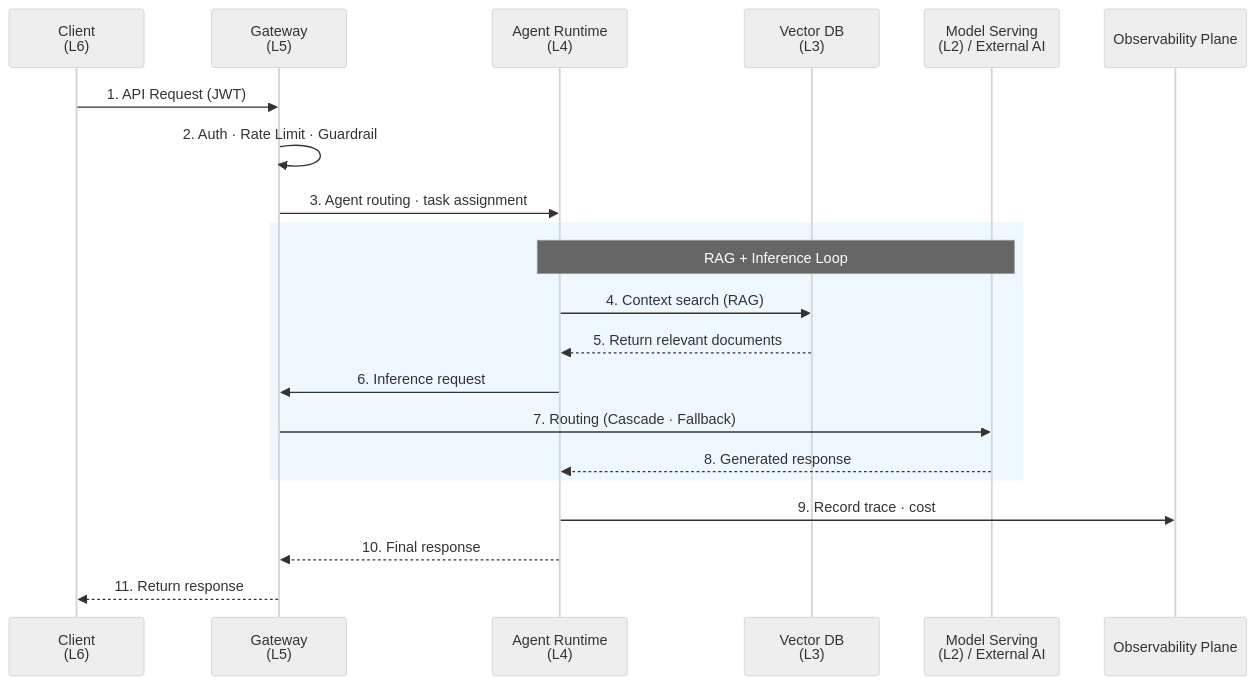
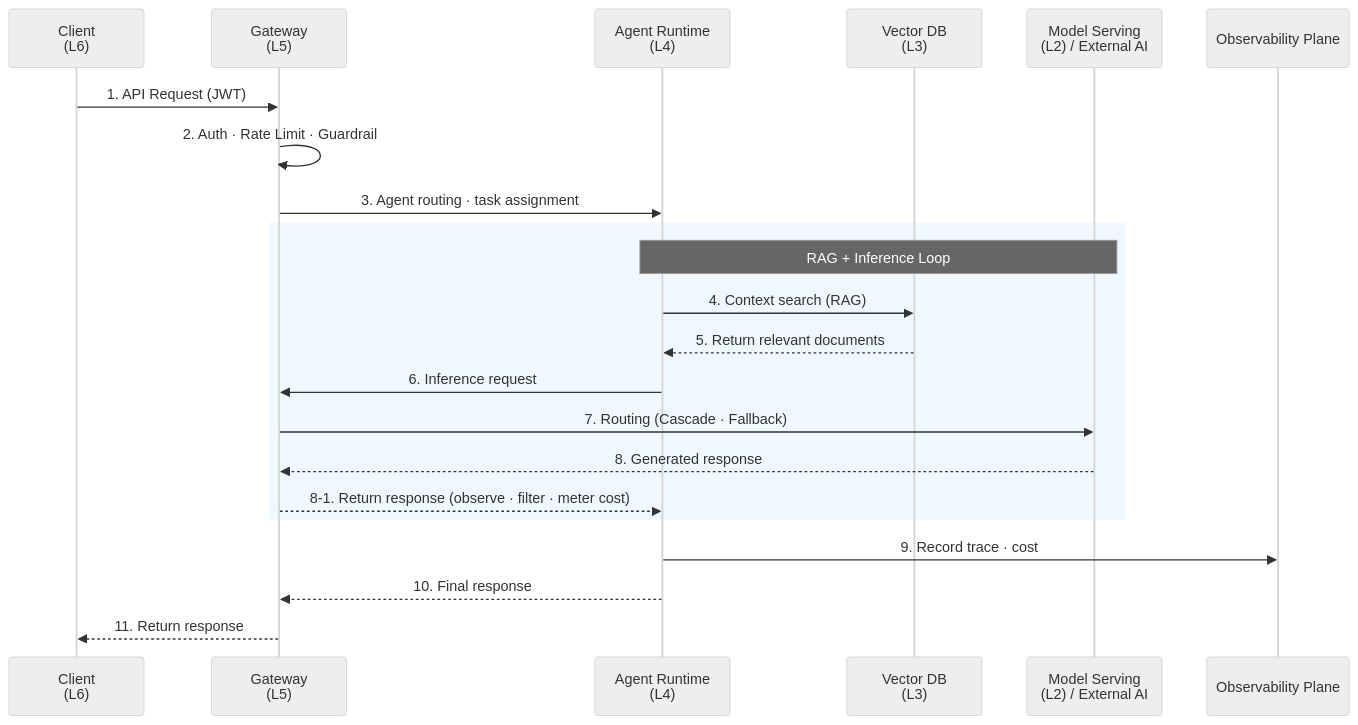
The tenth of 10 diagrams in docs/agentic-ai-platform/design-architecture/foundations/agentic-platform-architecture.md (devfloor9/engineering-playbook), drawn with Mermaid (neutral theme) before and after one commit. The commit also changed other lines of this file and 39 other files, not shown here.

````diff
--- a/docs/agentic-ai-platform/design-architecture/foundations/agentic-platform-architecture.md
+++ b/docs/agentic-ai-platform/design-architecture/foundations/agentic-platform-architecture.md
@@ -710,26 +748,27 @@
 ```mermaid
 sequenceDiagram
     participant Client as Client<br/>(L6)
     participant Gateway as Gateway<br/>(L5)
     participant Agent as Agent Runtime<br/>(L4)
     participant VectorDB as Vector DB<br/>(L3)
     participant LLM as Model Serving<br/>(L2) / External AI
     participant Trace as Observability Plane
 
     Client->>Gateway: 1. API Request (JWT)
     Gateway->>Gateway: 2. Auth · Rate Limit · Guardrail
     Gateway->>Agent: 3. Agent routing · task assignment
 
     rect rgb(240, 248, 255)
     Note over Agent,LLM: RAG + Inference Loop
     Agent->>VectorDB: 4. Context search (RAG)
     VectorDB-->>Agent: 5. Return relevant documents
     Agent->>Gateway: 6. Inference request
     Gateway->>LLM: 7. Routing (Cascade · Fallback)
-    LLM-->>Agent: 8. Generated response
+    LLM-->>Gateway: 8. Generated response
+    Gateway-->>Agent: 8-1. Return response (observe · filter · meter cost)
     end
 
     Agent->>Trace: 9. Record trace · cost
     Agent-->>Gateway: 10. Final response
     Gateway-->>Client: 11. Return response
 ```
````
